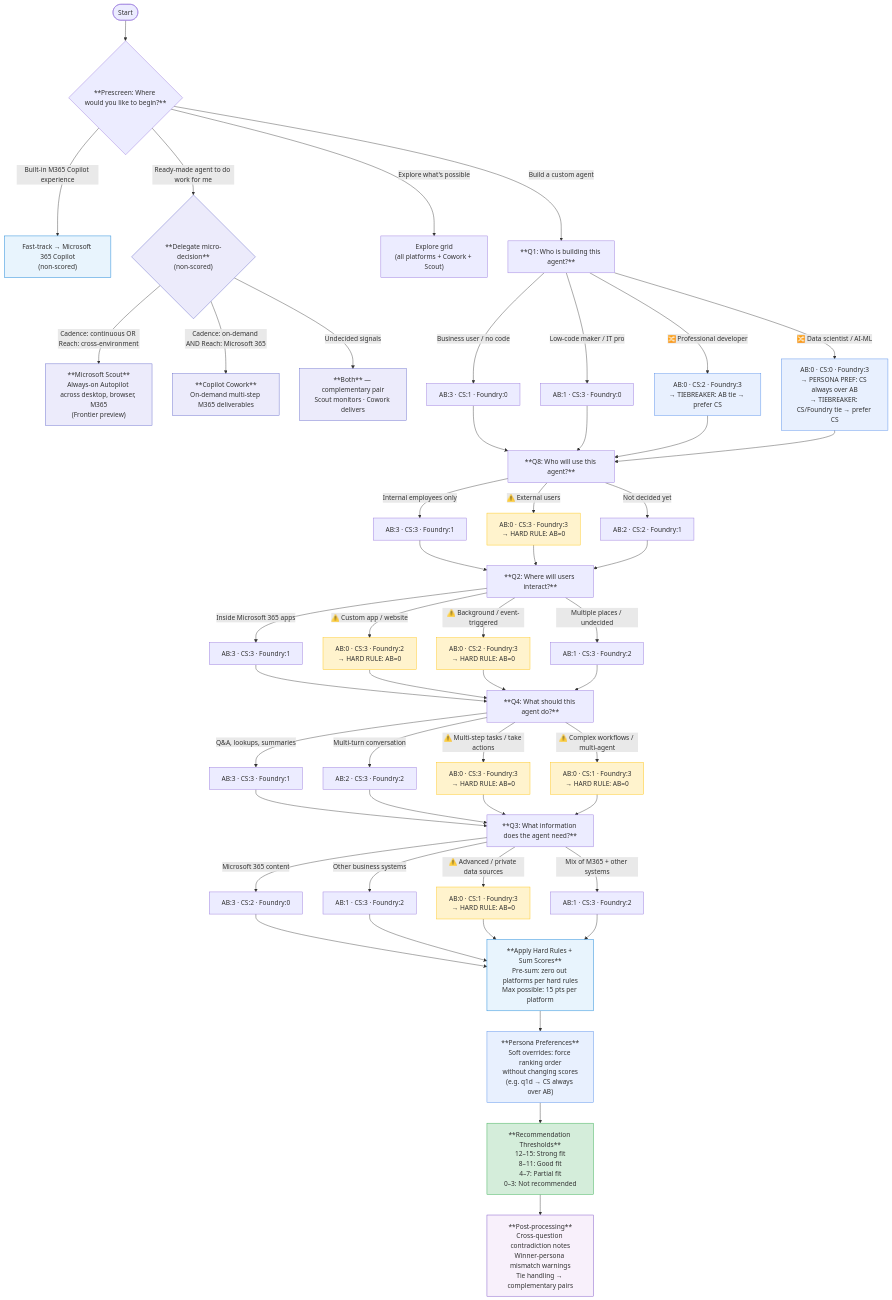
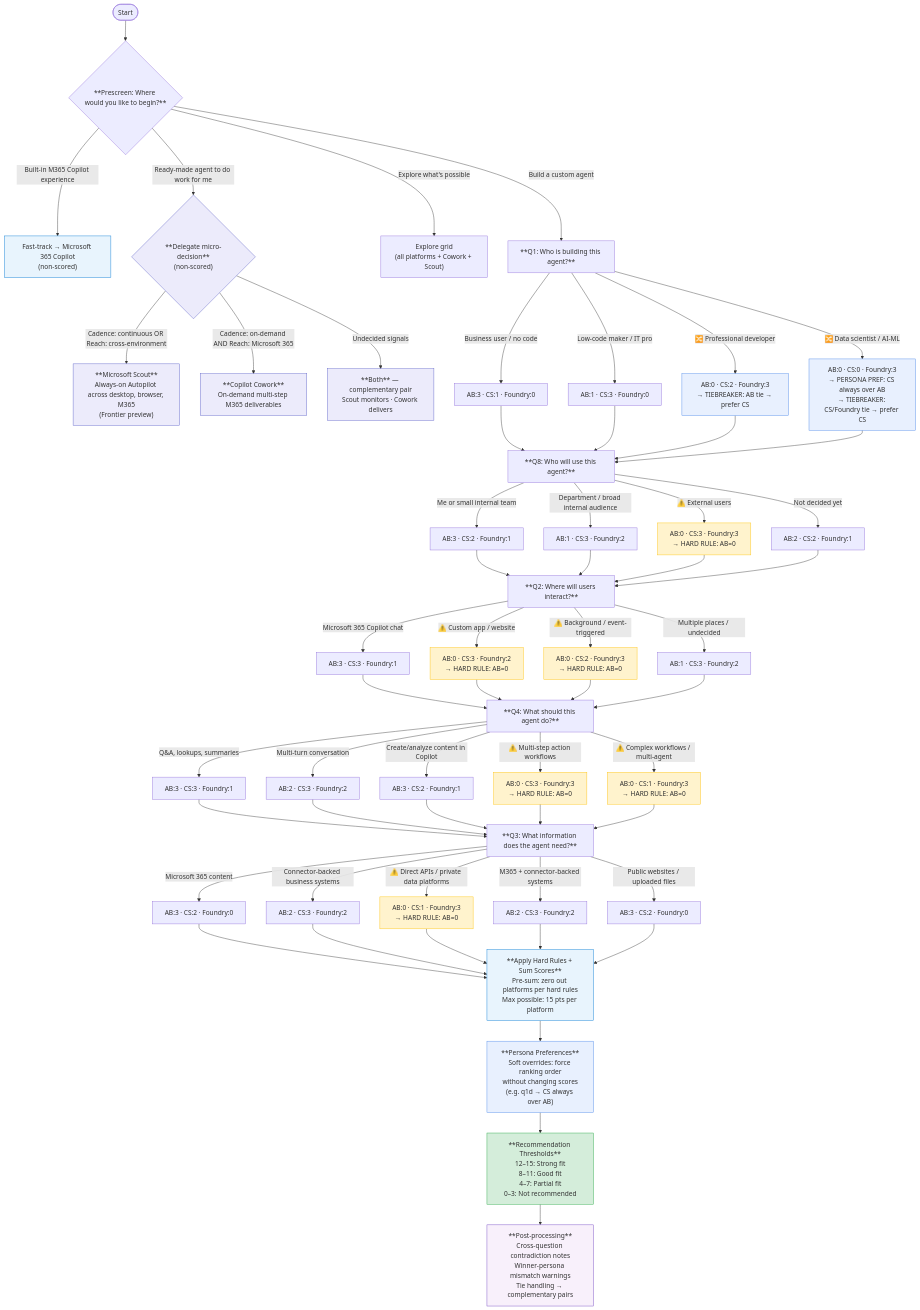
Before and after one commit to microsoft/AgentPlatformAdvisor: the diagram in docs/FLOWCHART.md, drawn with Mermaid. The commit also changed 3 other files, not shown here.

````diff
--- a/docs/FLOWCHART.md
+++ b/docs/FLOWCHART.md
@@ -1,78 +1,81 @@
 ```mermaid
 flowchart TD
     START([Start]) --> PRESCREEN{"**Prescreen: Where would you like to begin?**"}
 
     PRESCREEN -->|Built-in M365 Copilot experience| M365FT["Fast-track → Microsoft 365 Copilot\n(non-scored)"]
     PRESCREEN -->|Ready-made agent to do work for me| DELEGATE{"**Delegate micro-decision**\n(non-scored)"}
     PRESCREEN -->|Explore what's possible| EXPLORE["Explore grid\n(all platforms + Cowork + Scout)"]
     PRESCREEN -->|Build a custom agent| Q1
 
     DELEGATE -->|"Cadence: continuous OR Reach: cross-environment"| SCOUT["**Microsoft Scout**\nAlways-on Autopilot across desktop, browser, M365\n(Frontier preview)"]
     DELEGATE -->|"Cadence: on-demand AND Reach: Microsoft 365"| COWORK["**Copilot Cowork**\nOn-demand multi-step M365 deliverables"]
     DELEGATE -->|"Undecided signals"| BOTH["**Both** — complementary pair\nScout monitors · Cowork delivers"]
 
     Q1["**Q1: Who is building this agent?**"]
     Q1 -->|Business user / no code| Q1A["AB:3 · CS:1 · Foundry:0"]
     Q1 -->|Low-code maker / IT pro| Q1B["AB:1 · CS:3 · Foundry:0"]
     Q1 -->|"🔀 Professional developer"| Q1C["AB:0 · CS:2 · Foundry:3\n→ TIEBREAKER: AB tie → prefer CS"]
     Q1 -->|"🔀 Data scientist / AI-ML"| Q1D["AB:0 · CS:0 · Foundry:3\n→ PERSONA PREF: CS always over AB\n→ TIEBREAKER: CS/Foundry tie → prefer CS"]
 
     Q1A & Q1B & Q1C & Q1D --> Q8
 
     Q8["**Q8: Who will use this agent?**"]
-    Q8 -->|Internal employees only| Q8A["AB:3 · CS:3 · Foundry:1"]
+    Q8 -->|Me or small internal team| Q8A["AB:3 · CS:2 · Foundry:1"]
+    Q8 -->|Department / broad internal audience| Q8C["AB:1 · CS:3 · Foundry:2"]
     Q8 -->|"⚠️ External users"| Q8B["AB:0 · CS:3 · Foundry:3\n→ HARD RULE: AB=0"]
     Q8 -->|Not decided yet| Q8D["AB:2 · CS:2 · Foundry:1"]
 
-    Q8A & Q8B & Q8D --> Q2
+    Q8A & Q8C & Q8B & Q8D --> Q2
 
     Q2["**Q2: Where will users interact?**"]
-    Q2 -->|Inside Microsoft 365 apps| Q2A["AB:3 · CS:3 · Foundry:1"]
+    Q2 -->|Microsoft 365 Copilot chat| Q2A["AB:3 · CS:3 · Foundry:1"]
     Q2 -->|"⚠️ Custom app / website"| Q2B["AB:0 · CS:3 · Foundry:2\n→ HARD RULE: AB=0"]
     Q2 -->|"⚠️ Background / event-triggered"| Q2C["AB:0 · CS:2 · Foundry:3\n→ HARD RULE: AB=0"]
     Q2 -->|Multiple places / undecided| Q2D["AB:1 · CS:3 · Foundry:2"]
 
     Q2A & Q2B & Q2C & Q2D --> Q4
 
     Q4["**Q4: What should this agent do?**"]
     Q4 -->|Q&A, lookups, summaries| Q4A["AB:3 · CS:3 · Foundry:1"]
     Q4 -->|Multi-turn conversation| Q4B["AB:2 · CS:3 · Foundry:2"]
-    Q4 -->|"⚠️ Multi-step tasks / take actions"| Q4C["AB:0 · CS:3 · Foundry:3\n→ HARD RULE: AB=0"]
+    Q4 -->|Create/analyze content in Copilot| Q4E["AB:3 · CS:2 · Foundry:1"]
+    Q4 -->|"⚠️ Multi-step action workflows"| Q4C["AB:0 · CS:3 · Foundry:3\n→ HARD RULE: AB=0"]
     Q4 -->|"⚠️ Complex workflows / multi-agent"| Q4D["AB:0 · CS:1 · Foundry:3\n→ HARD RULE: AB=0"]
 
-    Q4A & Q4B & Q4C & Q4D --> Q3
+    Q4A & Q4B & Q4E & Q4C & Q4D --> Q3
 
     Q3["**Q3: What information does the agent need?**"]
     Q3 -->|Microsoft 365 content| Q3A["AB:3 · CS:2 · Foundry:0"]
-    Q3 -->|"Other business systems"| Q3B["AB:1 · CS:3 · Foundry:2"]
-    Q3 -->|"⚠️ Advanced / private data sources"| Q3C["AB:0 · CS:1 · Foundry:3\n→ HARD RULE: AB=0"]
-    Q3 -->|Mix of M365 + other systems| Q3D["AB:1 · CS:3 · Foundry:2"]
+    Q3 -->|Connector-backed business systems| Q3B["AB:2 · CS:3 · Foundry:2"]
+    Q3 -->|"⚠️ Direct APIs / private data platforms"| Q3C["AB:0 · CS:1 · Foundry:3\n→ HARD RULE: AB=0"]
+    Q3 -->|M365 + connector-backed systems| Q3D["AB:2 · CS:3 · Foundry:2"]
+    Q3 -->|Public websites / uploaded files| Q3E["AB:3 · CS:2 · Foundry:0"]
 
-    Q3A & Q3B & Q3C & Q3D --> SCORE
+    Q3A & Q3B & Q3C & Q3D & Q3E --> SCORE
 
     SCORE["**Apply Hard Rules + Sum Scores**\nPre-sum: zero out platforms per hard rules\nMax possible: 15 pts per platform"]
 
     SCORE --> PREF["**Persona Preferences**\nSoft overrides: force ranking order\nwithout changing scores\n(e.g. q1d → CS always over AB)"]
 
     PREF --> RESULT["**Recommendation Thresholds**\n12–15: Strong fit\n8–11: Good fit\n4–7: Partial fit\n0–3: Not recommended"]
 
     RESULT --> NOTES["**Post-processing**\nCross-question contradiction notes\nWinner-persona mismatch warnings\nTie handling → complementary pairs"]
 
     style Q1C fill:#e8f0fe,stroke:#4a86e8
     style Q1D fill:#e8f0fe,stroke:#4a86e8
     style SCOUT fill:#ECEBFB,stroke:#5B5FC7
     style COWORK fill:#ECEBFB,stroke:#5B5FC7
     style BOTH fill:#ECEBFB,stroke:#5B5FC7
     style DELEGATE fill:#ECEBFB,stroke:#5B5FC7
     style M365FT fill:#e8f4fd,stroke:#0078D4
     style Q8B fill:#fff3cd,stroke:#ffc107
     style Q2B fill:#fff3cd,stroke:#ffc107
     style Q2C fill:#fff3cd,stroke:#ffc107
     style Q4C fill:#fff3cd,stroke:#ffc107
     style Q4D fill:#fff3cd,stroke:#ffc107
     style Q3C fill:#fff3cd,stroke:#ffc107
     style SCORE fill:#e8f4fd,stroke:#0078D4
     style PREF fill:#e8f0fe,stroke:#4a86e8
     style RESULT fill:#d4edda,stroke:#28a745
     style NOTES fill:#f8f0fb,stroke:#6f42c1
 ```
````
